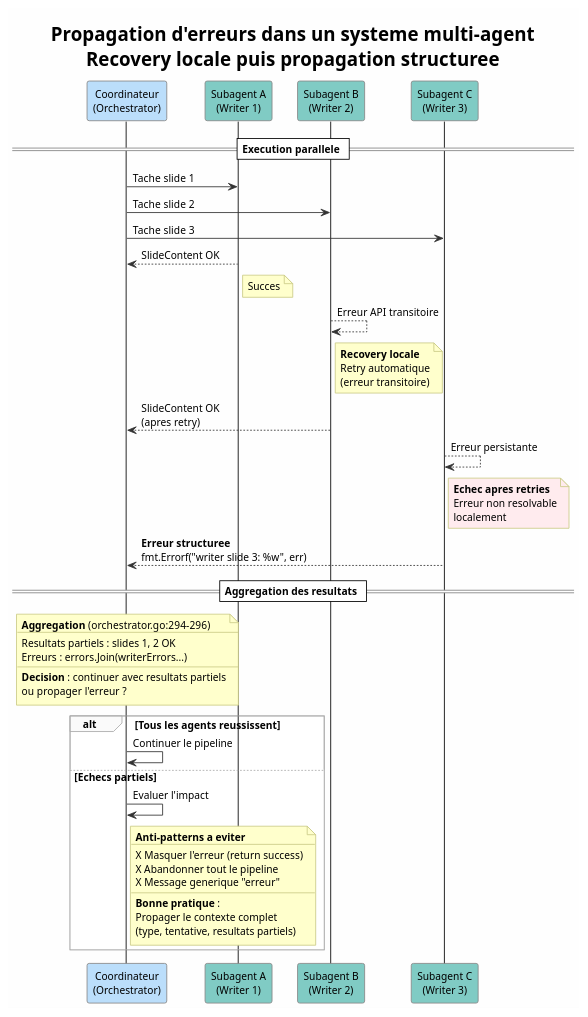
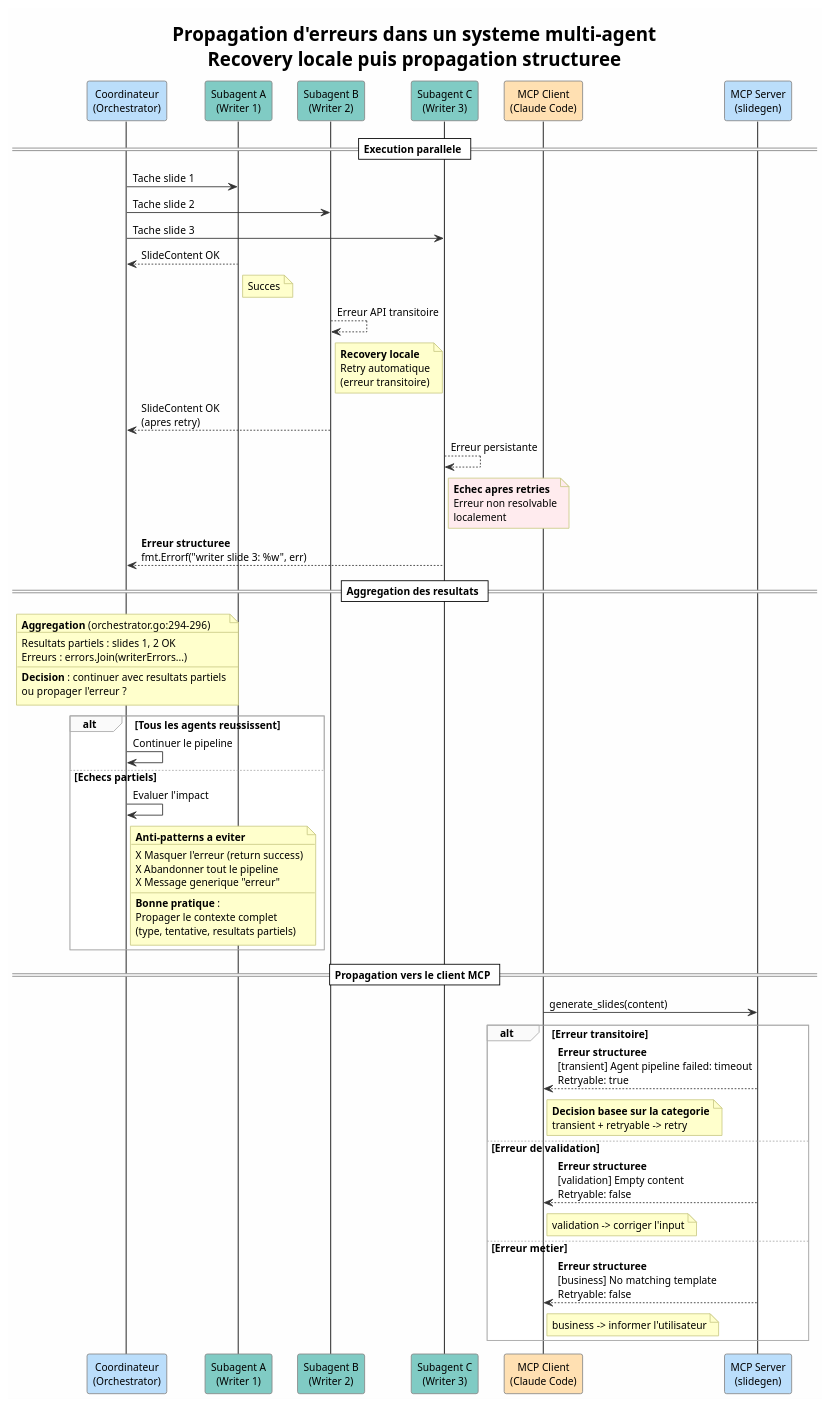
Before and after one commit to owulveryck/agentigslide: the diagram in docs/claude-architect/diagrams/error-propagation.puml, drawn with PlantUML. The commit also changed 10 other files, not shown here.

First line of the commit message:
Add agent tests, structured MCP errors, and documentation

```diff
--- a/docs/claude-architect/diagrams/error-propagation.puml
+++ b/docs/claude-architect/diagrams/error-propagation.puml
@@ -1,76 +1,101 @@
 @startuml error-propagation
 !theme plain
 skinparam backgroundColor #FEFEFE
 skinparam defaultFontName "Helvetica"
 skinparam defaultFontSize 12
 skinparam shadowing false
 skinparam ArrowColor #333333
 skinparam ParticipantBackgroundColor #F5F5F5
 skinparam ParticipantBorderColor #888888
 skinparam NoteBackgroundColor #FFFFCC
 skinparam NoteBorderColor #CCCC88
 skinparam SequenceGroupBackgroundColor #FAFAFA
 skinparam SequenceGroupBorderColor #AAAAAA
 
 title Propagation d'erreurs dans un systeme multi-agent\nRecovery locale puis propagation structuree
 
 participant "Coordinateur\n(Orchestrator)" as coord #BBDEFB
 participant "Subagent A\n(Writer 1)" as agentA #80CBC4
 participant "Subagent B\n(Writer 2)" as agentB #80CBC4
 participant "Subagent C\n(Writer 3)" as agentC #80CBC4
 
 == Execution parallele ==
 
 coord -> agentA : Tache slide 1
 coord -> agentB : Tache slide 2
 coord -> agentC : Tache slide 3
 
 agentA --> coord : SlideContent OK
 note right of agentA : Succes
 
 agentB --> agentB : Erreur API transitoire
 note right of agentB
   **Recovery locale**
   Retry automatique
   (erreur transitoire)
 end note
 agentB --> coord : SlideContent OK\n(apres retry)
 
 agentC --> agentC : Erreur persistante
 note right of agentC #FFEBEE
   **Echec apres retries**
   Erreur non resolvable
   localement
 end note
 agentC --> coord : **Erreur structuree**\nfmt.Errorf("writer slide 3: %w", err)
 
 == Aggregation des resultats ==
 
 note over coord
   **Aggregation** (orchestrator.go:294-296)
   ----
   Resultats partiels : slides 1, 2 OK
   Erreurs : errors.Join(writerErrors...)
   ----
   **Decision** : continuer avec resultats partiels
   ou propager l'erreur ?
 end note
 
 alt Tous les agents reussissent
   coord -> coord : Continuer le pipeline
 else Echecs partiels
   coord -> coord : Evaluer l'impact
   note right of coord
     **Anti-patterns a eviter**
     ----
     X Masquer l'erreur (return success)
     X Abandonner tout le pipeline
     X Message generique "erreur"
     ----
     **Bonne pratique** :
     Propager le contexte complet
     (type, tentative, resultats partiels)
   end note
 end
 
+== Propagation vers le client MCP ==
+
+participant "MCP Client\n(Claude Code)" as mcpClient #FFE0B2
+participant "MCP Server\n(slidegen)" as mcpServer #BBDEFB
+
+mcpClient -> mcpServer : generate_slides(content)
+
+alt Erreur transitoire
+  mcpServer --> mcpClient : **Erreur structuree**\n[transient] Agent pipeline failed: timeout\nRetryable: true
+  note right of mcpClient
+    **Decision basee sur la categorie**
+    transient + retryable -> retry
+  end note
+else Erreur de validation
+  mcpServer --> mcpClient : **Erreur structuree**\n[validation] Empty content\nRetryable: false
+  note right of mcpClient
+    validation -> corriger l'input
+  end note
+else Erreur metier
+  mcpServer --> mcpClient : **Erreur structuree**\n[business] No matching template\nRetryable: false
+  note right of mcpClient
+    business -> informer l'utilisateur
+  end note
+end
+
 @enduml
```
